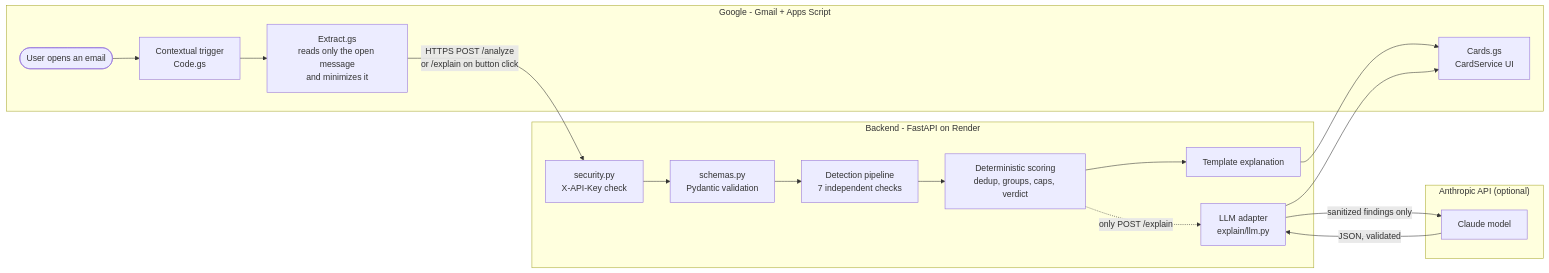
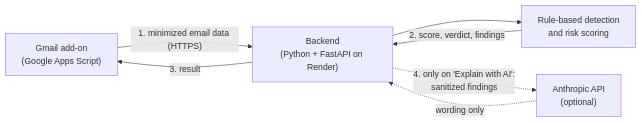
One commit to reefmoshe/gmail-malicious-email-scorer changed the diagram in README.md. Above: the diagram before and after it, drawn with Mermaid. The commit also changed other lines of this file, not shown here.

````diff
--- a/README.md
+++ b/README.md
@@ -59,23 +57,14 @@
 ```mermaid
 flowchart LR
-    subgraph Google["Google - Gmail + Apps Script"]
-        U([User opens an email]) --> T[Contextual trigger<br/>Code.gs]
-        T --> X[Extract.gs<br/>reads only the open message<br/>and minimizes it]
-        C[Cards.gs<br/>CardService UI]
-    end
-    subgraph Backend["Backend - FastAPI on Render"]
-        A[security.py<br/>X-API-Key check] --> V[schemas.py<br/>Pydantic validation]
-        V --> P[Detection pipeline<br/>7 independent checks]
-        P --> S[Deterministic scoring<br/>dedup, groups, caps, verdict]
-        S --> TP[Template explanation]
-        S -.->|only POST /explain| L[LLM adapter<br/>explain/llm.py]
-    end
-    subgraph Anthropic["Anthropic API (optional)"]
-        M[Claude model]
-    end
-    X -- "HTTPS POST /analyze<br/>or /explain on button click" --> A
-    TP --> C
-    L -- "sanitized findings only" --> M
-    M -- "JSON, validated" --> L
-    L --> C
+    G["Gmail add-on<br/>(Google Apps Script)"]
+    B["Backend<br/>(Python + FastAPI on Render)"]
+    E["Rule-based detection<br/>and risk scoring"]
+    AI["Anthropic API<br/>(optional)"]
+
+    G -->|"1. minimized email data (HTTPS)"| B
+    B --> E
+    E -->|"2. score, verdict, findings"| B
+    B -->|"3. result"| G
+    B -.->|"4. only on 'Explain with AI':<br/>sanitized findings"| AI
+    AI -.->|"wording only"| B
 ```
````
